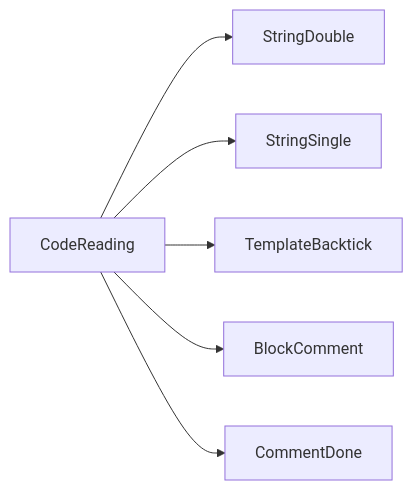
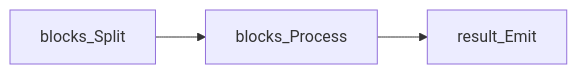
The first of 4 diagrams in src/fsm_Main.md (InExSu/vscode-better-align), drawn with Mermaid before and after one commit. The commit also changed other lines of this file and 13 other files, not shown here.

````diff
--- a/src/fsm_Main.md
+++ b/src/fsm_Main.md
@@ -4,8 +4,5 @@
 ```mermaid
 graph LR
-    CodeReading --> StringDouble
-    CodeReading --> StringSingle
-    CodeReading --> TemplateBacktick
-    CodeReading --> BlockComment
-    CodeReading --> CommentDone
+    blocks_Split --> blocks_Process
+    blocks_Process --> result_Emit
 ```
````
